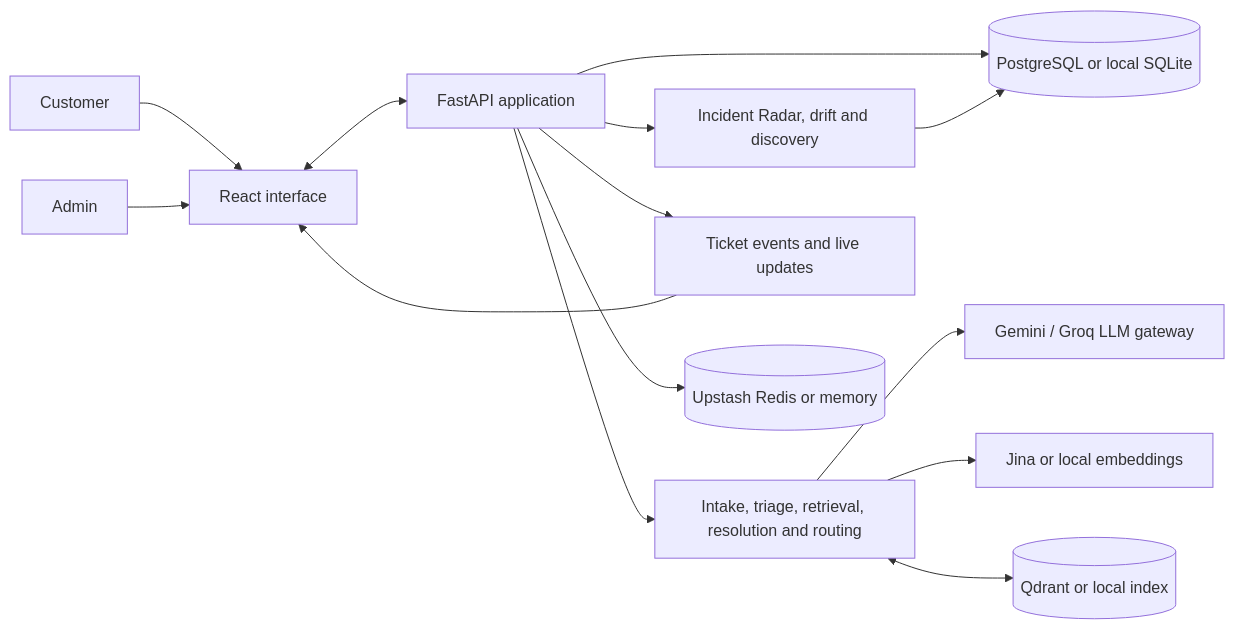
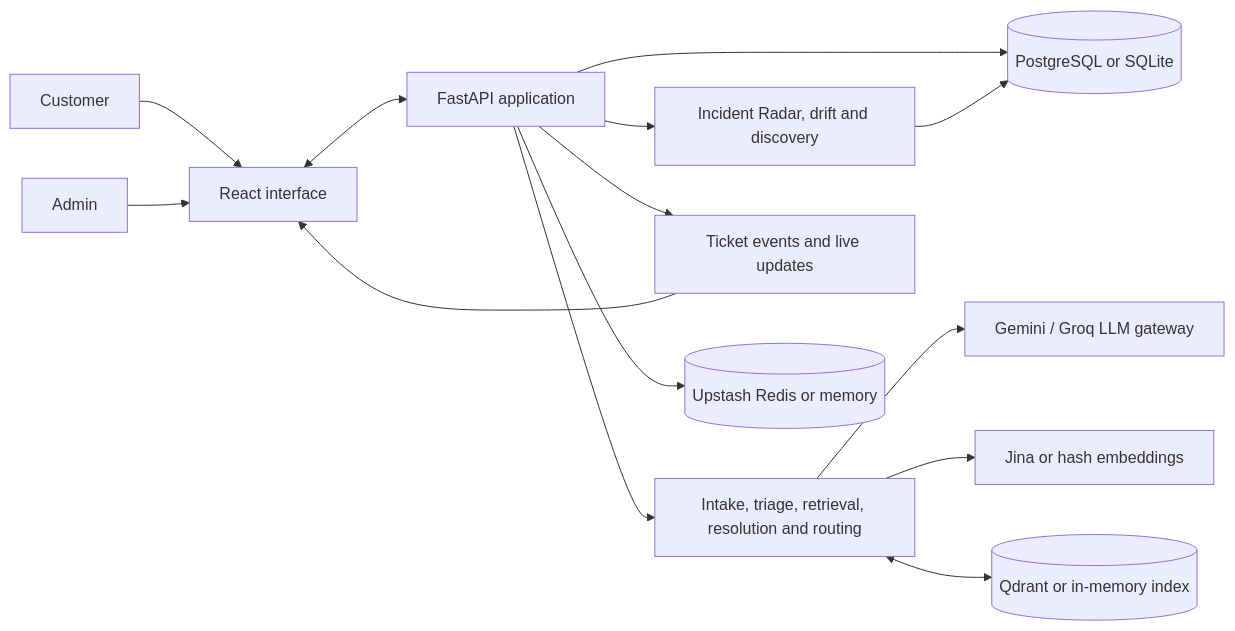
Before and after one commit to JJ1210-spec/telecom-support-resolution-assistant: the diagram in README.md, drawn with Mermaid. The commit also changed other lines of this file, not shown here.

````diff
--- a/README.md
+++ b/README.md
@@ -61,16 +61,16 @@
 ```mermaid
 flowchart LR
   C[Customer] --> UI[React interface]
   A[Admin] --> UI
   UI <--> API[FastAPI application]
-  API --> DB[(PostgreSQL or local SQLite)]
+  API --> DB[(PostgreSQL or SQLite)]
   API --> PIPE[Intake, triage, retrieval, resolution and routing]
   PIPE --> LLM[Gemini / Groq LLM gateway]
-  PIPE --> EMB[Jina or local embeddings]
-  PIPE <--> IDX[(Qdrant or local index)]
+  PIPE --> EMB[Jina or hash embeddings]
+  PIPE <--> IDX[(Qdrant or in-memory index)]
   API --> INS[Incident Radar, drift and discovery]
   INS --> DB
   API --> EVT[Ticket events and live updates]
   EVT --> UI
   API --> KV[(Upstash Redis or memory)]
 ```
````
